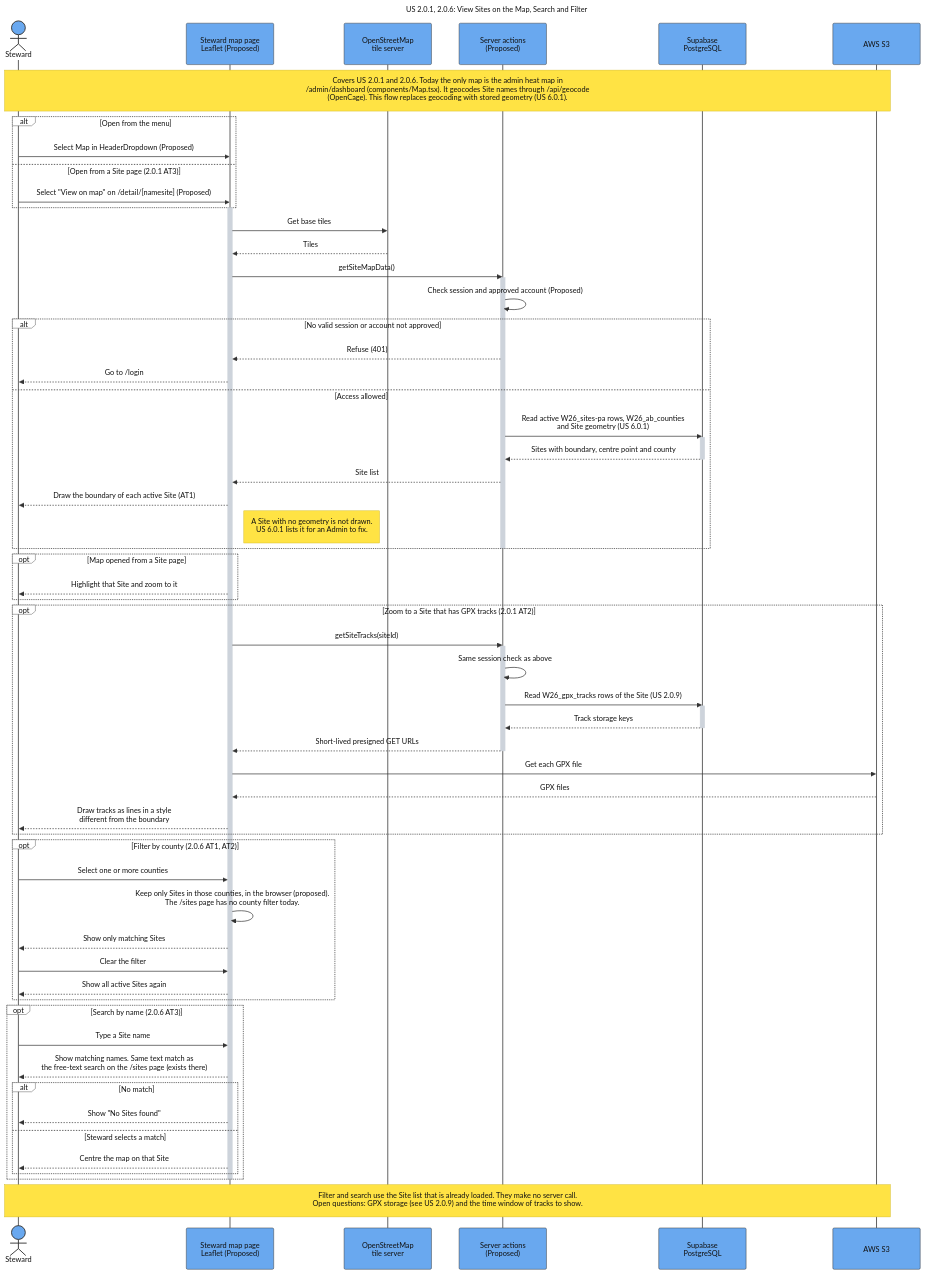
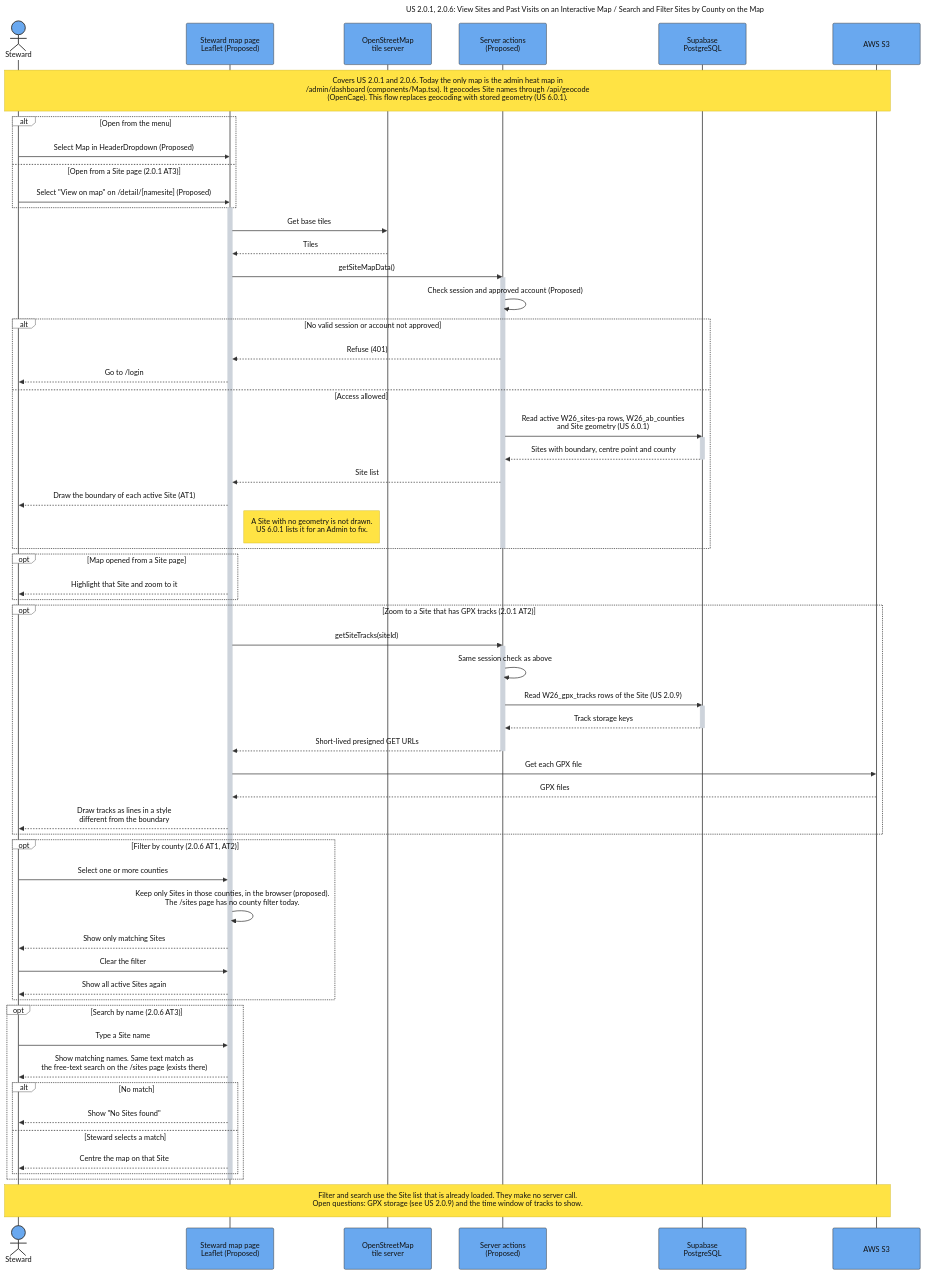
One commit to SAPAA-Dev/W26Project-SAPAA-Dev-Team changed the diagram in docs/assets/Sequence_US_2_0_1_2_0_6_Site_Map_Search_and_Filter.mmd. Above: the diagram before and after it, drawn with Mermaid. The commit also changed 91 other files, not shown here.

```diff
--- a/docs/assets/Sequence_US_2_0_1_2_0_6_Site_Map_Search_and_Filter.mmd
+++ b/docs/assets/Sequence_US_2_0_1_2_0_6_Site_Map_Search_and_Filter.mmd
@@ -1,117 +1,117 @@
 ---
-title: "US 2.0.1, 2.0.6: View Sites on the Map, Search and Filter"
+title: "US 2.0.1, 2.0.6: View Sites and Past Visits on an Interactive Map / Search and Filter Sites by County on the Map"
 config:
   theme: base
   sequence:
     actorMargin: 60
     boxMargin: 12
     diagramMarginX: 45
     diagramMarginY: 30
     messageMargin: 38
     noteMargin: 16
     mirrorActors: true
     width: 190
     height: 90
   themeVariables:
     background: "#ffffff"
     primaryColor: "#69a8ef"
     primaryBorderColor: "#333333"
     primaryTextColor: "#111111"
     actorBkg: "#69a8ef"
     actorBorder: "#333333"
     actorTextColor: "#111111"
     actorLineColor: "#555555"
     signalColor: "#333333"
     signalTextColor: "#111111"
     activationBkgColor: "#cdd3db"
     activationBorderColor: "#cdd3db"
     noteBkgColor: "#ffe344"
     noteBorderColor: "#d4ba24"
     noteTextColor: "#111111"
     labelBoxBkgColor: "#ffffff"
     labelBoxBorderColor: "#555555"
     labelTextColor: "#111111"
     loopTextColor: "#111111"
     altBackground: "#ffffff"
   themeCSS: |
     .actor-line {
       stroke-dasharray: 10 10 !important;
       stroke-width: 1.25px !important;
     }
 ---
 sequenceDiagram
     autonumber off
     actor Steward
     participant Map as Steward map page<br/>Leaflet (Proposed)
     participant Tiles as OpenStreetMap<br/>tile server
     participant Server as Server actions<br/>(Proposed)
     participant DB as Supabase<br/>PostgreSQL
     participant S3 as AWS S3
 
     Note over Steward,S3: Covers US 2.0.1 and 2.0.6. Today the only map is the admin heat map in<br/>/admin/dashboard (components/Map.tsx). It geocodes Site names through /api/geocode<br/>(OpenCage). This flow replaces geocoding with stored geometry (US 6.0.1).
 
     alt Open from the menu
         Steward->>Map: Select Map in HeaderDropdown (Proposed)
     else Open from a Site page (2.0.1 AT3)
         Steward->>Map: Select "View on map" on /detail/[namesite] (Proposed)
     end
     activate Map
     Map->>Tiles: Get base tiles
     Tiles-->>Map: Tiles
 
     Map->>Server: getSiteMapData()
     activate Server
     Server->>Server: Check session and approved account (Proposed)
     alt No valid session or account not approved
         Server-->>Map: Refuse (401)
         Map-->>Steward: Go to /login
     else Access allowed
         Server->>DB: Read active W26_sites-pa rows, W26_ab_counties<br/>and Site geometry (US 6.0.1)
         activate DB
         DB-->>Server: Sites with boundary, centre point and county
         deactivate DB
         Server-->>Map: Site list
         Map-->>Steward: Draw the boundary of each active Site (AT1)
         Note right of Map: A Site with no geometry is not drawn.<br/>US 6.0.1 lists it for an Admin to fix.
     end
     deactivate Server
 
     opt Map opened from a Site page
         Map-->>Steward: Highlight that Site and zoom to it
     end
 
     opt Zoom to a Site that has GPX tracks (2.0.1 AT2)
         Map->>Server: getSiteTracks(siteId)
         activate Server
         Server->>Server: Same session check as above
         Server->>DB: Read W26_gpx_tracks rows of the Site (US 2.0.9)
         activate DB
         DB-->>Server: Track storage keys
         deactivate DB
         Server-->>Map: Short-lived presigned GET URLs
         deactivate Server
         Map->>S3: Get each GPX file
         S3-->>Map: GPX files
         Map-->>Steward: Draw tracks as lines in a style<br/>different from the boundary
     end
 
     opt Filter by county (2.0.6 AT1, AT2)
         Steward->>Map: Select one or more counties
         Map->>Map: Keep only Sites in those counties, in the browser (proposed).<br/>The /sites page has no county filter today.
         Map-->>Steward: Show only matching Sites
         Steward->>Map: Clear the filter
         Map-->>Steward: Show all active Sites again
     end
 
     opt Search by name (2.0.6 AT3)
         Steward->>Map: Type a Site name
         Map-->>Steward: Show matching names. Same text match as<br/>the free-text search on the /sites page (exists there)
         alt No match
             Map-->>Steward: Show "No Sites found"
         else Steward selects a match
             Map-->>Steward: Centre the map on that Site
         end
     end
     deactivate Map
 
     Note over Steward,S3: Filter and search use the Site list that is already loaded. They make no server call.<br/>Open questions: GPX storage (see US 2.0.9) and the time window of tracks to show.
```
